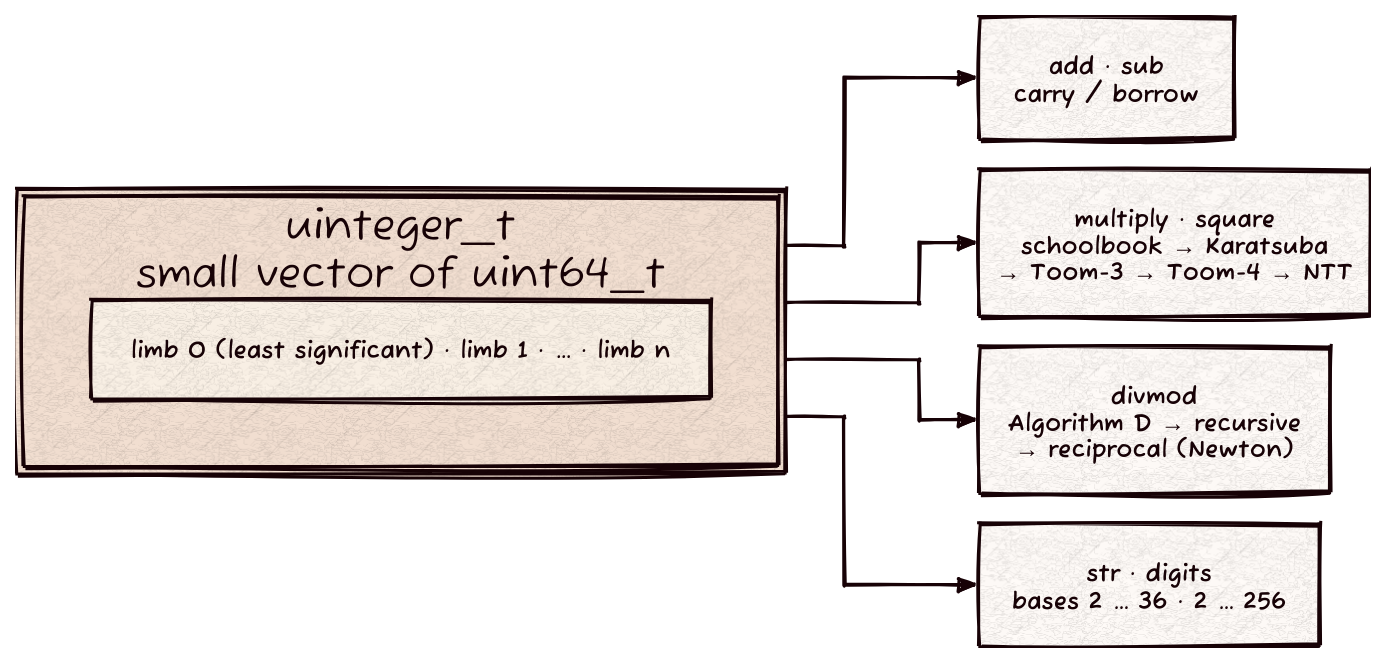
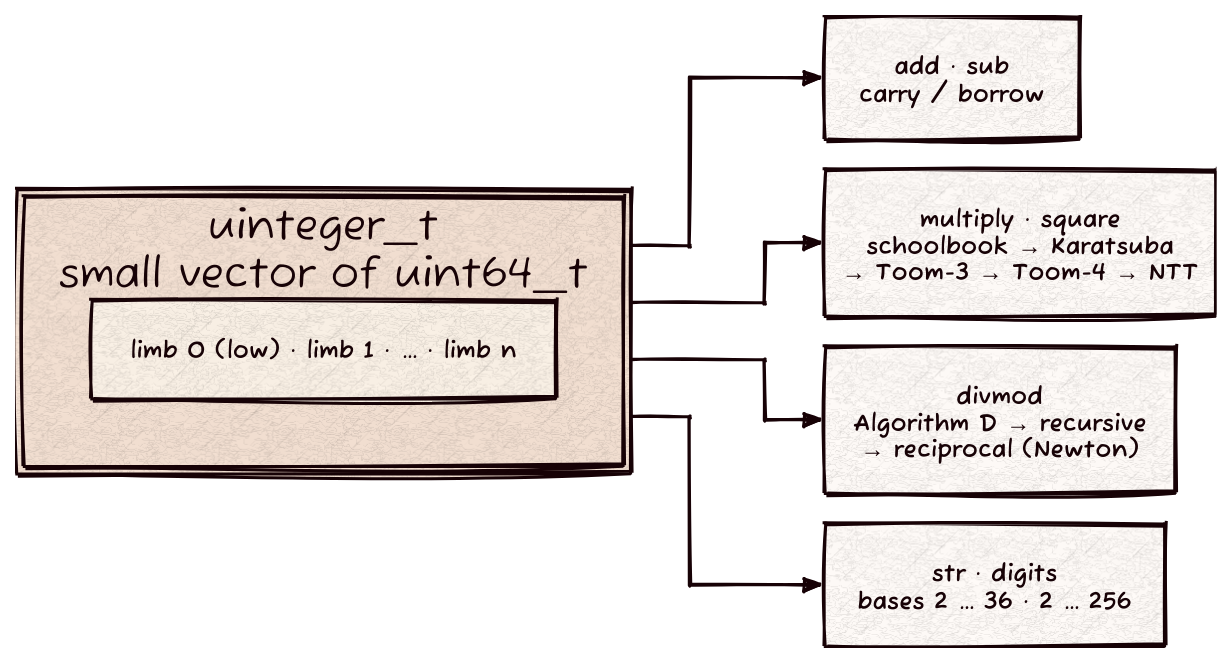
One commit to Kronuz/uinteger_t changed the diagram in docs/uinteger_t.d2. Above: the diagram before and after it, drawn with D2. The commit also changed 2 other files, not shown here.

```diff
--- a/docs/uinteger_t.d2
+++ b/docs/uinteger_t.d2
@@ -1,27 +1,27 @@
 # uinteger_t: little-endian 64-bit limbs, and the algorithm each size gets.
 # Render: ~/.agents/skills/d2-diagrams/scripts/render.sh docs/uinteger_t.d2
 vars: { d2-config: { layout-engine: elk; theme-id: 302; sketch: true; pad: 24 } }
 direction: right
 
 value: uinteger_t {
-  limbs: "limb 0 (least significant) · limb 1 · … · limb n"
+  limbs: "limb 0 (low) · limb 1 · … · limb n"
   label: "uinteger_t\nsmall vector of uint64_t"
 }
 
 add: "+ −" {
   label: "add · sub\ncarry / borrow"
 }
 mul: "×" {
   label: "multiply · square\nschoolbook → Karatsuba\n→ Toom-3 → Toom-4 → NTT"
 }
 div: "÷ %" {
   label: "divmod\nAlgorithm D → recursive\n→ reciprocal (Newton)"
 }
 text: strings {
   label: "str · digits\nbases 2 … 36 · 2 … 256"
 }
 
 value -> add
 value -> mul
 value -> div
 value -> text
```
